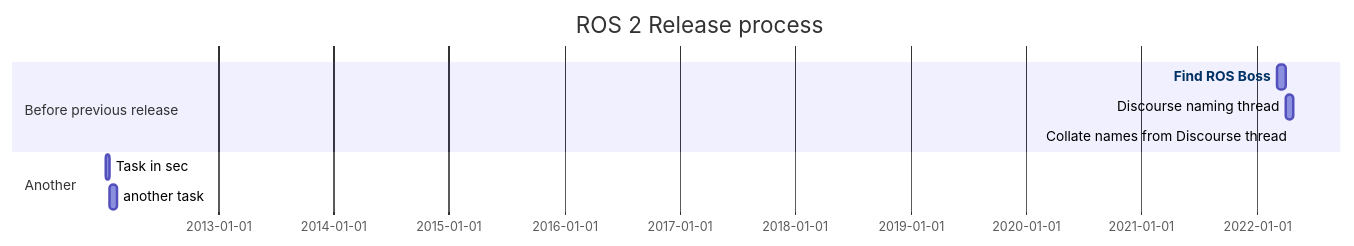
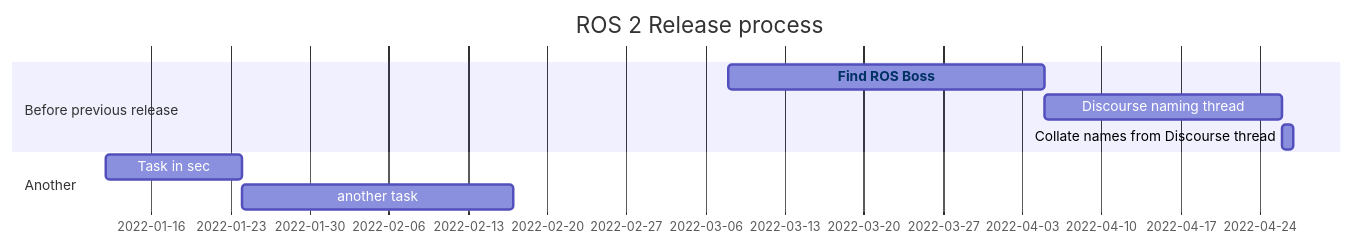
Before and after one commit to clalancette/mermaid-test: the first of 2 diagrams in README.md, drawn with Mermaid.

````diff
--- a/README.md
+++ b/README.md
@@ -2,14 +2,14 @@
 ```mermaid
 gantt
     title ROS 2 Release process
     dateFormat  YYYY-MM-DD
     section Before previous release
     Find ROS Boss    :a1, 2022-03-08, 28d
     Discourse naming thread     :a2, after a1  , 21d
     Collate names from Discourse thread :after a2, 1d
     section Another
-    Task in sec      :2012-01-12  , 12d
+    Task in sec      :2022-01-12  , 12d
     another task      : 24d
     
-    click a1 href "https://github.com"
+    click a1 href "https://www.google.com.com"
 ```
````
